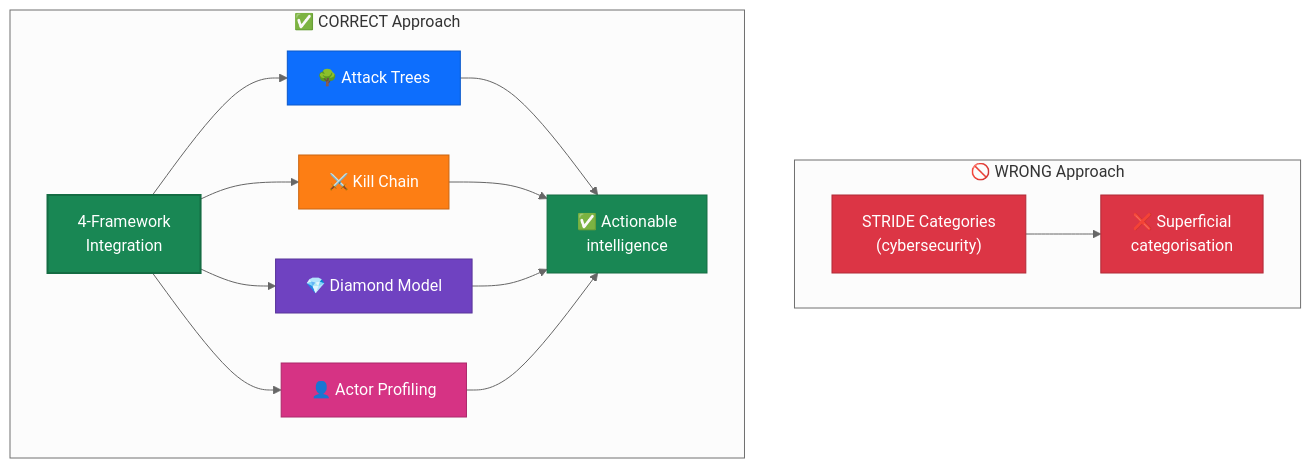
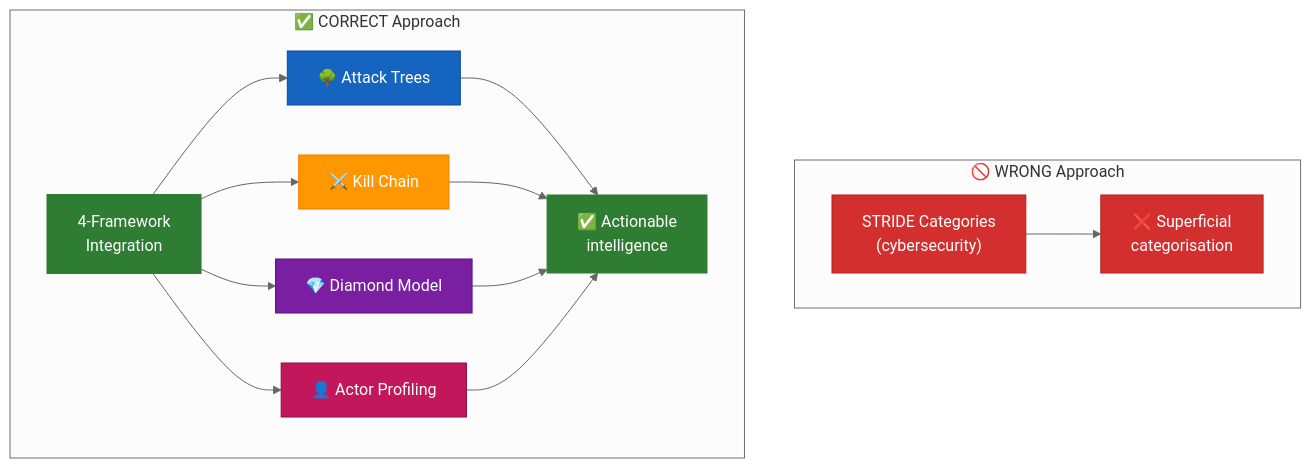
Before and after one commit to Hack23/riksdagsmonitor: the fifth of 9 diagrams in analysis/templates/README.md, drawn with Mermaid (neutral theme). The commit also changed other lines of this file and 14 other files, not shown here.

First line of the commit message:
Align analysis/ mermaid diagrams with ISMS Style Guide palette and convert SWOT to quadrantChart

````diff
--- a/analysis/templates/README.md
+++ b/analysis/templates/README.md
@@ -351,27 +351,27 @@
 ```mermaid
 graph TD
     subgraph "🚫 WRONG Approach"
         STRIDE["STRIDE Categories<br/>(cybersecurity)"]
         STRIDE_OUT["❌ Superficial<br/>categorisation"]
         STRIDE --> STRIDE_OUT
     end
 
     subgraph "✅ CORRECT Approach"
         MULTI["4-Framework<br/>Integration"]
         AT["🌳 Attack Trees"]
         KC["⚔️ Kill Chain"]
         DM["💎 Diamond Model"]
         AP["👤 Actor Profiling"]
         MULTI --> AT & KC & DM & AP
         AT & KC & DM & AP --> DEEP["✅ Actionable<br/>intelligence"]
     end
 
-    style STRIDE fill:#dc3545,color:#fff,stroke:#b02a37
-    style STRIDE_OUT fill:#dc3545,color:#fff,stroke:#b02a37
-    style MULTI fill:#198754,color:#fff,stroke:#146c43,stroke-width:2px
-    style AT fill:#0d6efd,color:#fff,stroke:#0a58ca
-    style KC fill:#fd7e14,color:#fff,stroke:#ca6510
-    style DM fill:#6f42c1,color:#fff,stroke:#59359a
-    style AP fill:#d63384,color:#fff,stroke:#ab296a
-    style DEEP fill:#198754,color:#fff,stroke:#146c43
+    style STRIDE fill:#D32F2F,color:#FFFFFF,stroke:#B71C1C
+    style STRIDE_OUT fill:#D32F2F,color:#FFFFFF,stroke:#B71C1C
+    style MULTI fill:#2E7D32,color:#FFFFFF,stroke:#2E7D32,stroke-width:2px
+    style AT fill:#1565C0,color:#FFFFFF,stroke:#0D47A1
+    style KC fill:#FF9800,color:#FFFFFF,stroke:#F57C00
+    style DM fill:#7B1FA2,color:#FFFFFF,stroke:#4A148C
+    style AP fill:#C2185B,color:#FFFFFF,stroke:#880E4F
+    style DEEP fill:#2E7D32,color:#FFFFFF,stroke:#2E7D32
 ```
````
